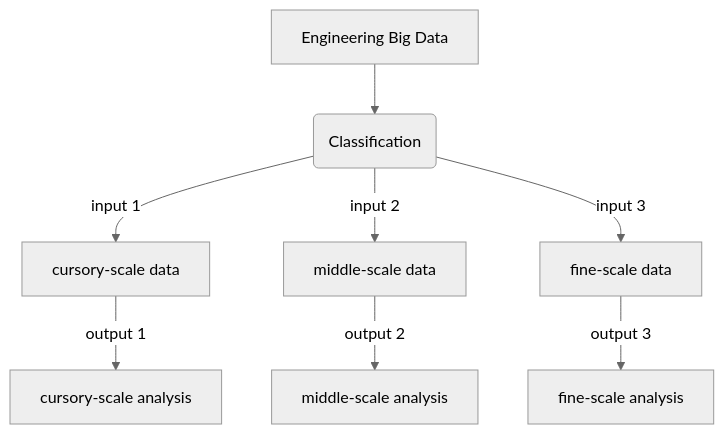
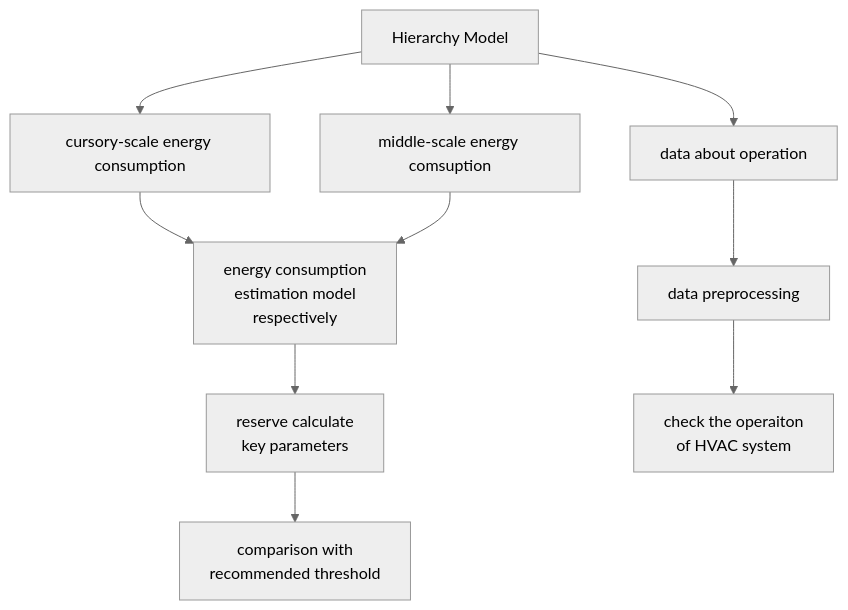
Before and after one commit to Hurricane-k/carry-bio: the second of 3 diagrams in content/posts/blog13/index.md, drawn with Mermaid (neutral theme). The commit also changed other lines of this file and 1 other file, not shown here.

```diff
--- a/content/posts/blog13/index.md
+++ b/content/posts/blog13/index.md
@@ -19,10 +42,11 @@
 {{<mermaid>}}
 flowchart TD
-    A[Engineering Big Data] --> B(Classification)
-    B -->|input 1| C[cursory-scale data]
-    B -->|input 2| D[middle-scale data]
-    B -->|input 3| E[fine-scale data]
-    C -->|output 1| F[cursory-scale analysis]
-    D -->|output 2| G[middle-scale analysis]
-    E -->|output 3| H[fine-scale analysis]
-{{</mermaid>}}
+    A[Hierarchy Model] --> B[cursory-scale energy consumption]
+    A --> C[middle-scale energy comsuption]
+    A --> D[data about operation]
+    B & C --> E[energy consumption \nestimation model\n respectively]
+    E --> F[reserve calculate\n key parameters]
+    F --> G[comparison with\n recommended threshold] 
+    D --> H[data preprocessing]
+    H --> J[check the operaiton\n of HVAC system]
+    {{</mermaid>}}
```
